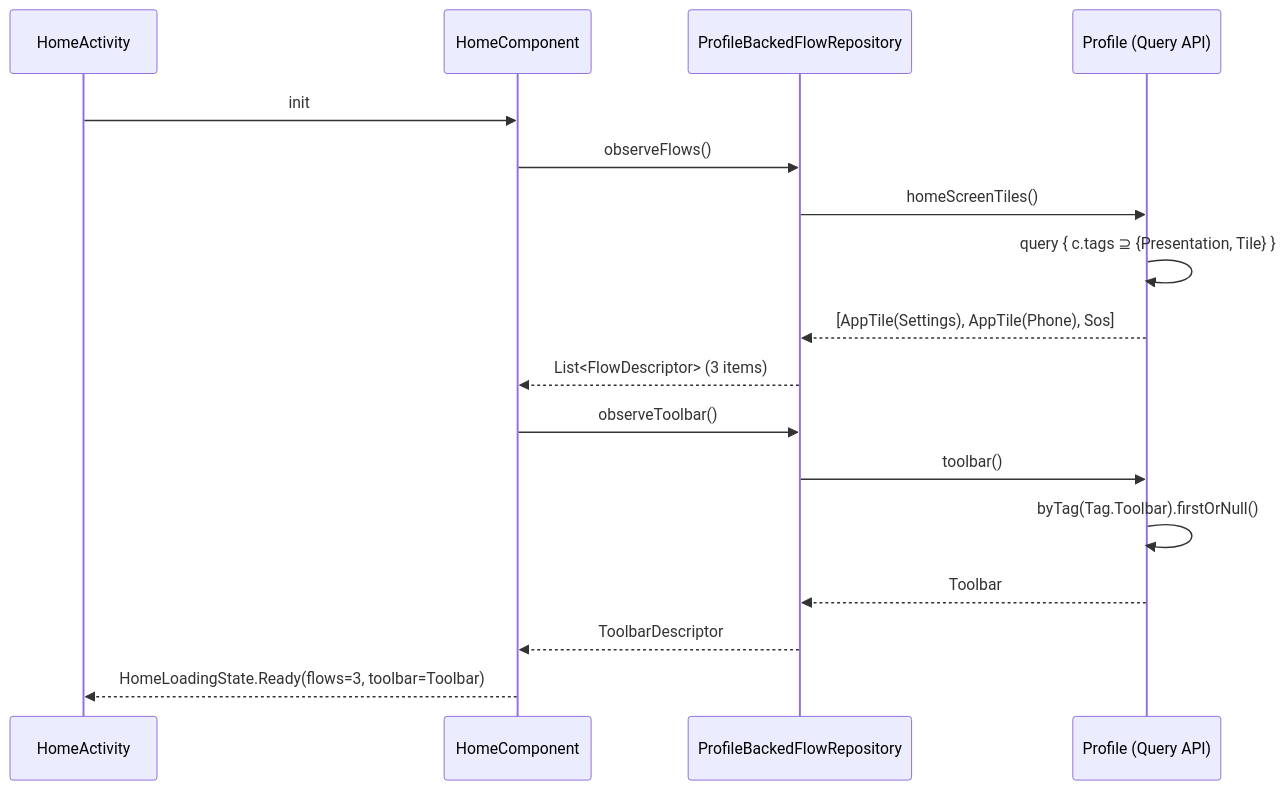
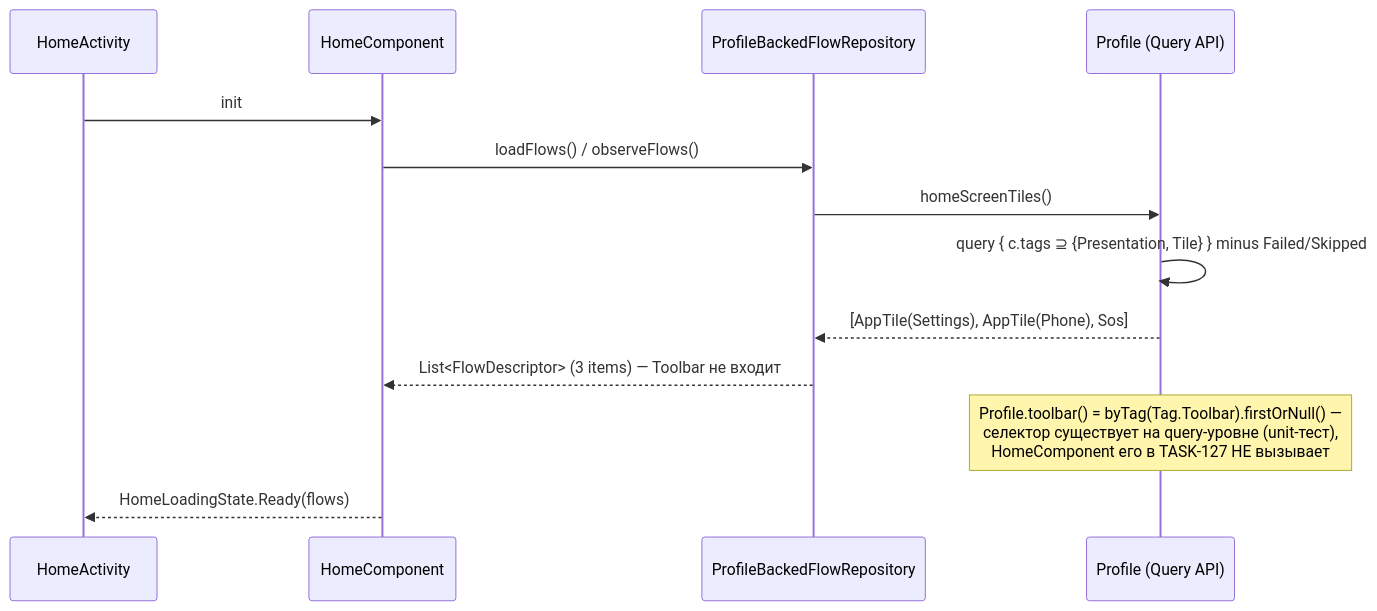
Before and after one commit to jeromwork/launcher: the fourth of 6 diagrams in specs/task-127-ecs-tags-and-query/spec.md, drawn with Mermaid. The commit also changed other lines of this file and 8 other files, not shown here.

````diff
--- a/specs/task-127-ecs-tags-and-query/spec.md
+++ b/specs/task-127-ecs-tags-and-query/spec.md
@@ -203,19 +203,15 @@
 ```mermaid
 sequenceDiagram
   participant HUI as HomeActivity
   participant HVM as HomeComponent
   participant HR as ProfileBackedFlowRepository
   participant P as Profile (Query API)
   HUI->>HVM: init
-  HVM->>HR: observeFlows()
+  HVM->>HR: loadFlows() / observeFlows()
   HR->>P: homeScreenTiles()
-  P->>P: query { c.tags ⊇ {Presentation, Tile} }
+  P->>P: query { c.tags ⊇ {Presentation, Tile} } minus Failed/Skipped
   P-->>HR: [AppTile(Settings), AppTile(Phone), Sos]
-  HR-->>HVM: List<FlowDescriptor> (3 items)
-  HVM->>HR: observeToolbar()
-  HR->>P: toolbar()
-  P->>P: byTag(Tag.Toolbar).firstOrNull()
-  P-->>HR: Toolbar
-  HR-->>HVM: ToolbarDescriptor
-  HVM-->>HUI: HomeLoadingState.Ready(flows=3, toolbar=Toolbar)
+  HR-->>HVM: List<FlowDescriptor> (3 items) — Toolbar не входит
+  Note over P: Profile.toolbar() = byTag(Tag.Toolbar).firstOrNull() —<br/>селектор существует на query-уровне (unit-тест),<br/>HomeComponent его в TASK-127 НЕ вызывает
+  HVM-->>HUI: HomeLoadingState.Ready(flows)
 ```
````
